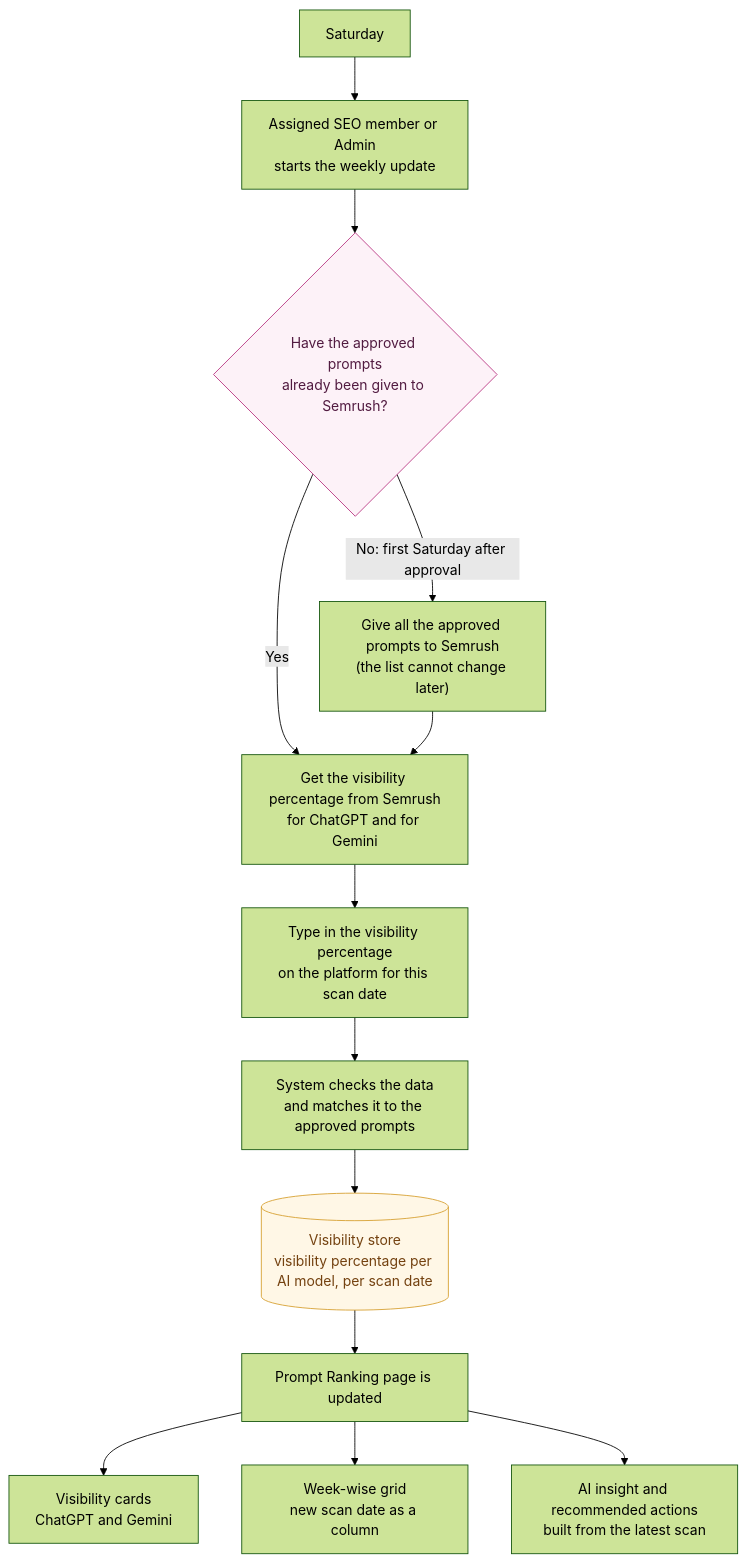
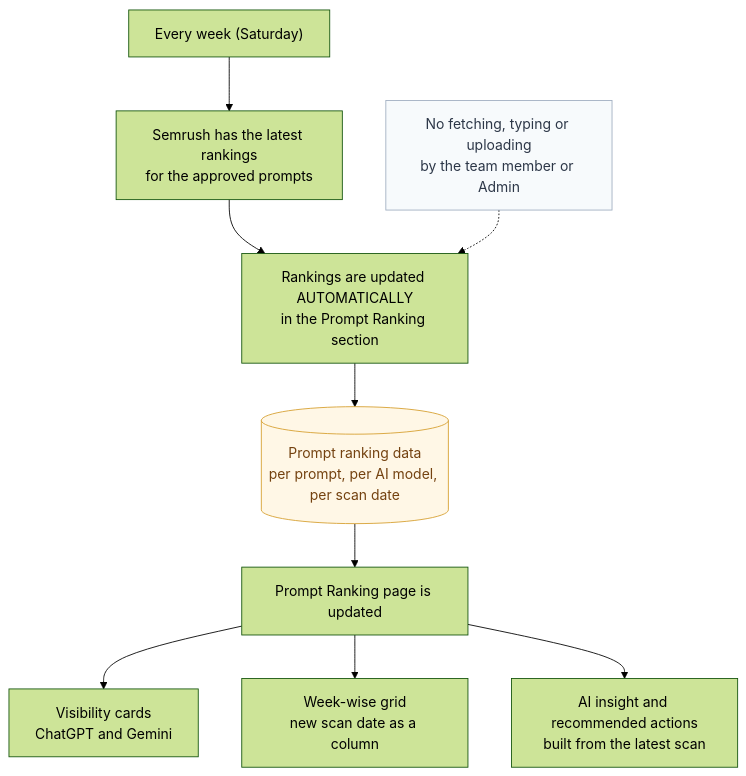
One commit to RishabhRoy12/dais-documentation changed the second of 2 diagrams in demo/prompt ranking flow.md. Above: the diagram before and after it, drawn with Mermaid (forest theme). The commit also changed other lines of this file and 103 other files, not shown here.

````diff
--- a/demo/prompt ranking flow.md
+++ b/demo/prompt ranking flow.md
@@ -140,21 +50,18 @@
 ```mermaid
 flowchart TD
-    W["Saturday"] --> U["Assigned SEO member or Admin<br/>starts the weekly update"]
-    U --> C1{"Have the approved prompts<br/>already been given to Semrush?"}
-    C1 -->|"No: first Saturday after approval"| C2["Give all the approved prompts to Semrush<br/>(the list cannot change later)"]
-    C1 -->|"Yes"| G
-    C2 --> G["Get the visibility percentage from Semrush<br/>for ChatGPT and for Gemini"]
-    G --> M["Type in the visibility percentage<br/>on the platform for this scan date"]
-    M --> V["System checks the data<br/>and matches it to the approved prompts"]
-    V --> D[("Visibility store<br/>visibility percentage per AI model, per scan date")]
+    W["Every week (Saturday)"] --> SEM["Semrush has the latest rankings<br/>for the approved prompts"]
+    SEM --> A["Rankings are updated AUTOMATICALLY<br/>in the Prompt Ranking section"]
+    A --> D[("Prompt ranking data<br/>per prompt, per AI model, per scan date")]
     D --> P["Prompt Ranking page is updated"]
 
     P --> P1["Visibility cards<br/>ChatGPT and Gemini"]
     P --> P2["Week-wise grid<br/>new scan date as a column"]
     P --> P3["AI insight and recommended actions<br/>built from the latest scan"]
 
-    classDef decision fill:#fdf2f8,stroke:#b83280,color:#521b41
+    N["No fetching, typing or uploading<br/>by the team member or Admin"] -.-> A
+
     classDef store fill:#fff7e6,stroke:#d69e2e,color:#744210
-    class C1 decision
+    classDef note fill:#f7fafc,stroke:#a0aec0,color:#2d3748
     class D store
+    class N note
 ```
````
